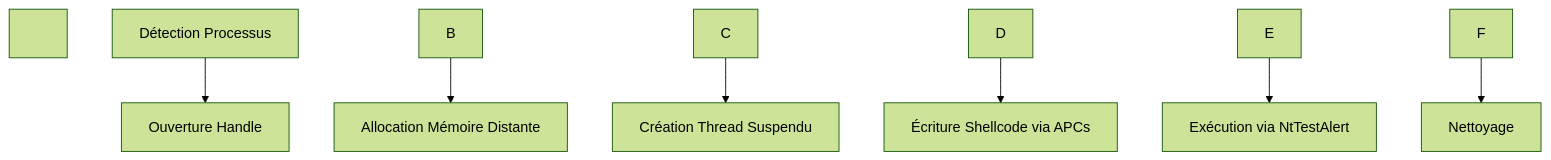
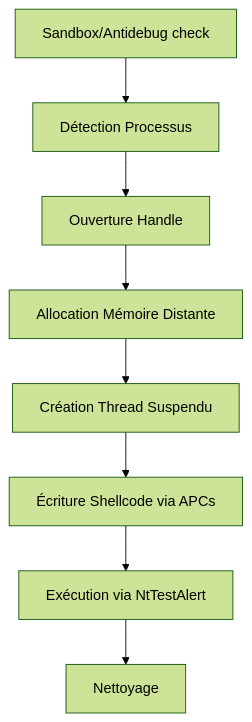
The first of 4 diagrams in readme.md (off-path/HellcodeLoader), drawn with Mermaid (forest theme) before and after one commit. The commit also changed other lines of this file, not shown here.

````diff
--- a/readme.md
+++ b/readme.md
@@ -37,17 +78,10 @@
 ```mermaid
-
 graph TD
-
-&nbsp;   A\[Détection Processus] --> B\[Ouverture Handle]
-
-&nbsp;   B --> C\[Allocation Mémoire Distante]
-
-&nbsp;   C --> D\[Création Thread Suspendu]
-
-&nbsp;   D --> E\[Écriture Shellcode via APCs]
-
-&nbsp;   E --> F\[Exécution via NtTestAlert]
-
-&nbsp;   F --> G\[Nettoyage]
-
+	P[Sandbox/Antidebug check]-->A[Détection Processus]
+    A --> B[Ouverture Handle]
+    B --> C[Allocation Mémoire Distante]
+    C --> D[Création Thread Suspendu]
+    D --> E[Écriture Shellcode via APCs]
+    E --> F[Exécution via NtTestAlert]
+    F --> G[Nettoyage]
 ```
````
